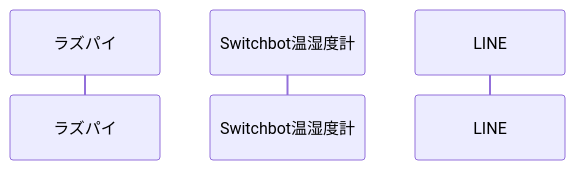
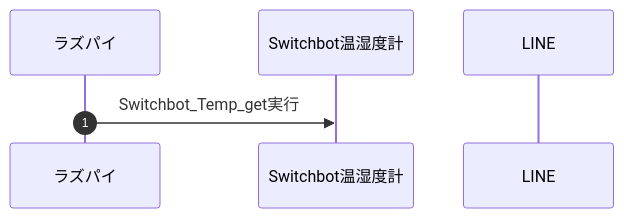
The diagram in README.md (YudaiUrushiyama/RaspberrypiTempNotification), drawn with Mermaid before and after one commit.

Commit message:
シーケンス図少し修正

````diff
--- a/README.md
+++ b/README.md
@@ -11,7 +11,9 @@
 ```mermaid
    sequenceDiagram
         autonumber
         participant ラズパイ
-        participant  Switchbot温湿度計
-        participant  LINE
+        participant Switchbot温湿度計
+        participant LINE
+        ラズパイ->>Switchbot温湿度計: Switchbot_Temp_get実行
+        
 ```
````
